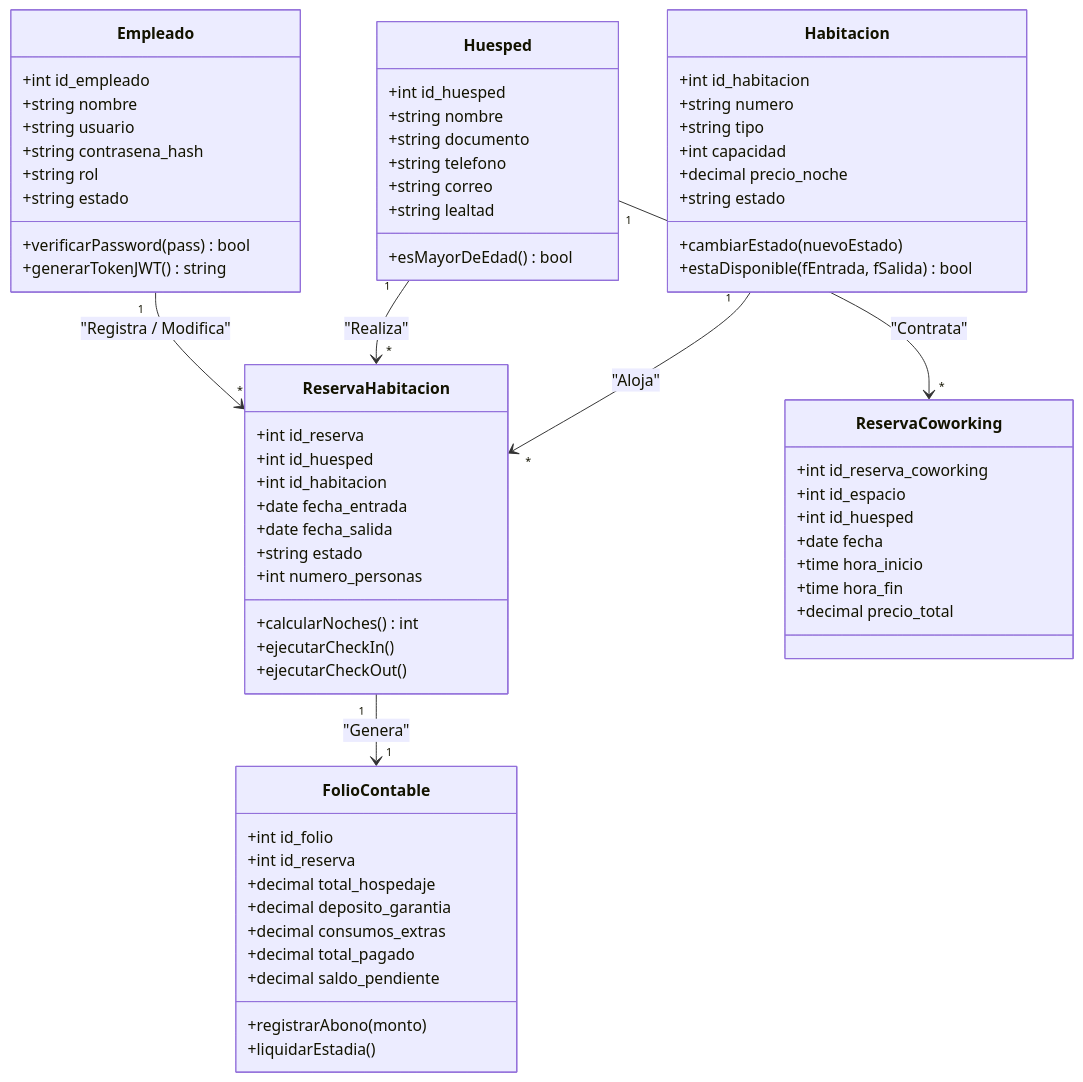
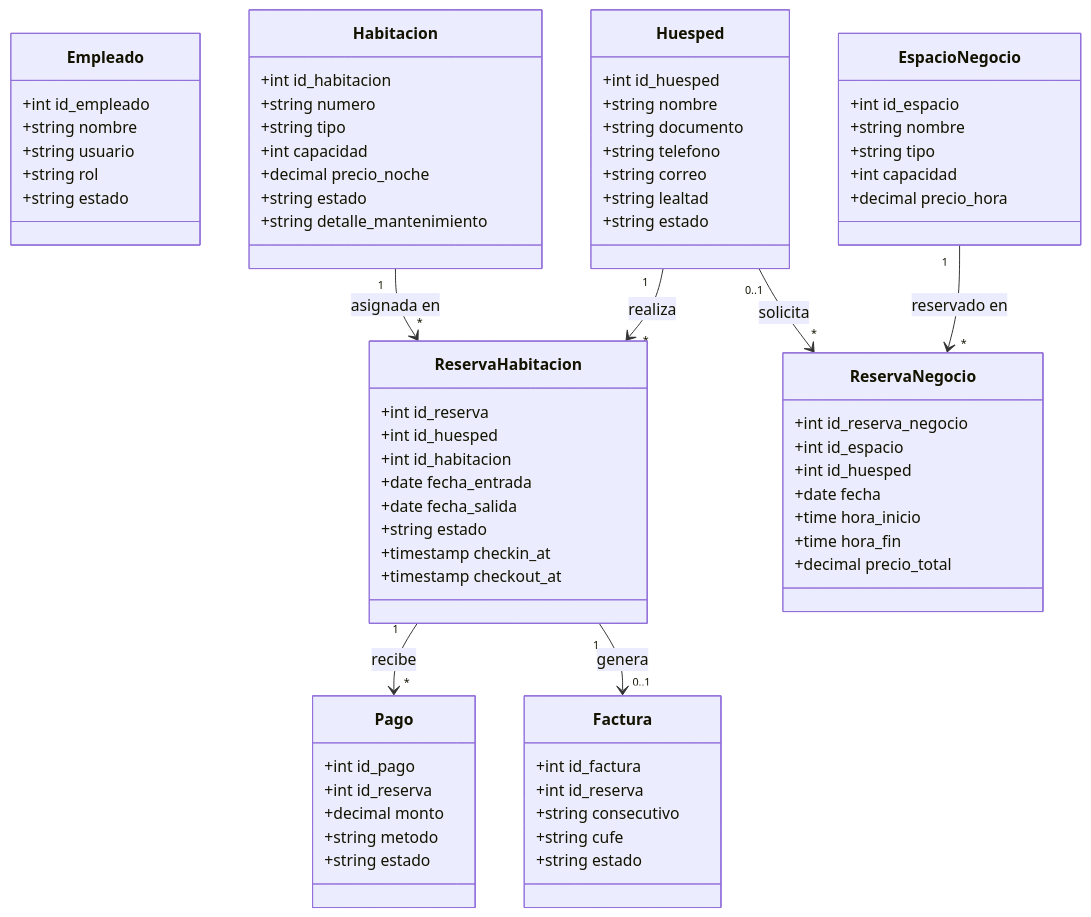
The third of 5 diagrams in docs/arquitectura/DOCUMENTACION_GENERAL_Y_DIAGRAMAS.md (bookingsoftHOTELFACILE/PROYECTO_FACILE), drawn with Mermaid before and after one commit. The commit also changed other lines of this file and 11 other files, not shown here.

````diff
--- a/docs/arquitectura/DOCUMENTACION_GENERAL_Y_DIAGRAMAS.md
+++ b/docs/arquitectura/DOCUMENTACION_GENERAL_Y_DIAGRAMAS.md
@@ -95,75 +73,82 @@
 ```mermaid
 classDiagram
     class Empleado {
         +int id_empleado
         +string nombre
         +string usuario
-        +string contrasena_hash
         +string rol
         +string estado
-        +verificarPassword(pass) bool
-        +generarTokenJWT() string
     }
 
     class Huesped {
         +int id_huesped
         +string nombre
         +string documento
         +string telefono
         +string correo
         +string lealtad
-        +esMayorDeEdad() bool
+        +string estado
     }
 
     class Habitacion {
         +int id_habitacion
         +string numero
         +string tipo
         +int capacidad
         +decimal precio_noche
         +string estado
-        +cambiarEstado(nuevoEstado)
-        +estaDisponible(fEntrada, fSalida) bool
+        +string detalle_mantenimiento
     }
 
     class ReservaHabitacion {
         +int id_reserva
         +int id_huesped
         +int id_habitacion
         +date fecha_entrada
         +date fecha_salida
         +string estado
-        +int numero_personas
-        +calcularNoches() int
-        +ejecutarCheckIn()
-        +ejecutarCheckOut()
+        +timestamp checkin_at
+        +timestamp checkout_at
     }
 
-    class FolioContable {
-        +int id_folio
+    class Pago {
+        +int id_pago
         +int id_reserva
-        +decimal total_hospedaje
-        +decimal deposito_garantia
-        +decimal consumos_extras
-        +decimal total_pagado
-        +decimal saldo_pendiente
-        +registrarAbono(monto)
-        +liquidarEstadia()
+        +decimal monto
+        +string metodo
+        +string estado
     }
 
-    class ReservaCoworking {
-        +int id_reserva_coworking
+    class Factura {
+        +int id_factura
+        +int id_reserva
+        +string consecutivo
+        +string cufe
+        +string estado
+    }
+
+    class EspacioNegocio {
+        +int id_espacio
+        +string nombre
+        +string tipo
+        +int capacidad
+        +decimal precio_hora
+    }
+
+    class ReservaNegocio {
+        +int id_reserva_negocio
         +int id_espacio
         +int id_huesped
         +date fecha
         +time hora_inicio
         +time hora_fin
         +decimal precio_total
     }
 
-    Empleado "1" --> "*" ReservaHabitacion : "Registra / Modifica"
-    Huesped "1" --> "*" ReservaHabitacion : "Realiza"
-    Habitacion "1" --> "*" ReservaHabitacion : "Aloja"
-    ReservaHabitacion "1" --> "1" FolioContable : "Genera"
-    Huesped "1" --> "*" ReservaCoworking : "Contrata"
+    Huesped "1" --> "*" ReservaHabitacion : realiza
+    Habitacion "1" --> "*" ReservaHabitacion : asignada en
+    ReservaHabitacion "1" --> "*" Pago : recibe
+    ReservaHabitacion "1" --> "0..1" Factura : genera
+    EspacioNegocio "1" --> "*" ReservaNegocio : reservado en
+    Huesped "0..1" --> "*" ReservaNegocio : solicita
 ```
````
